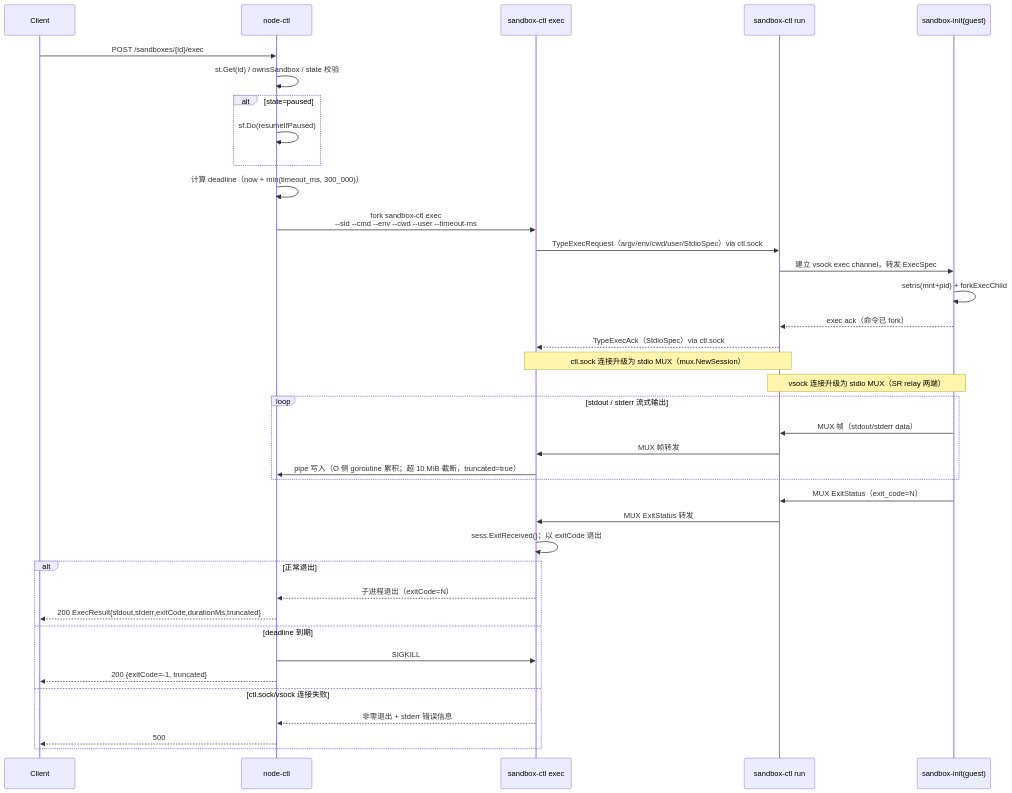
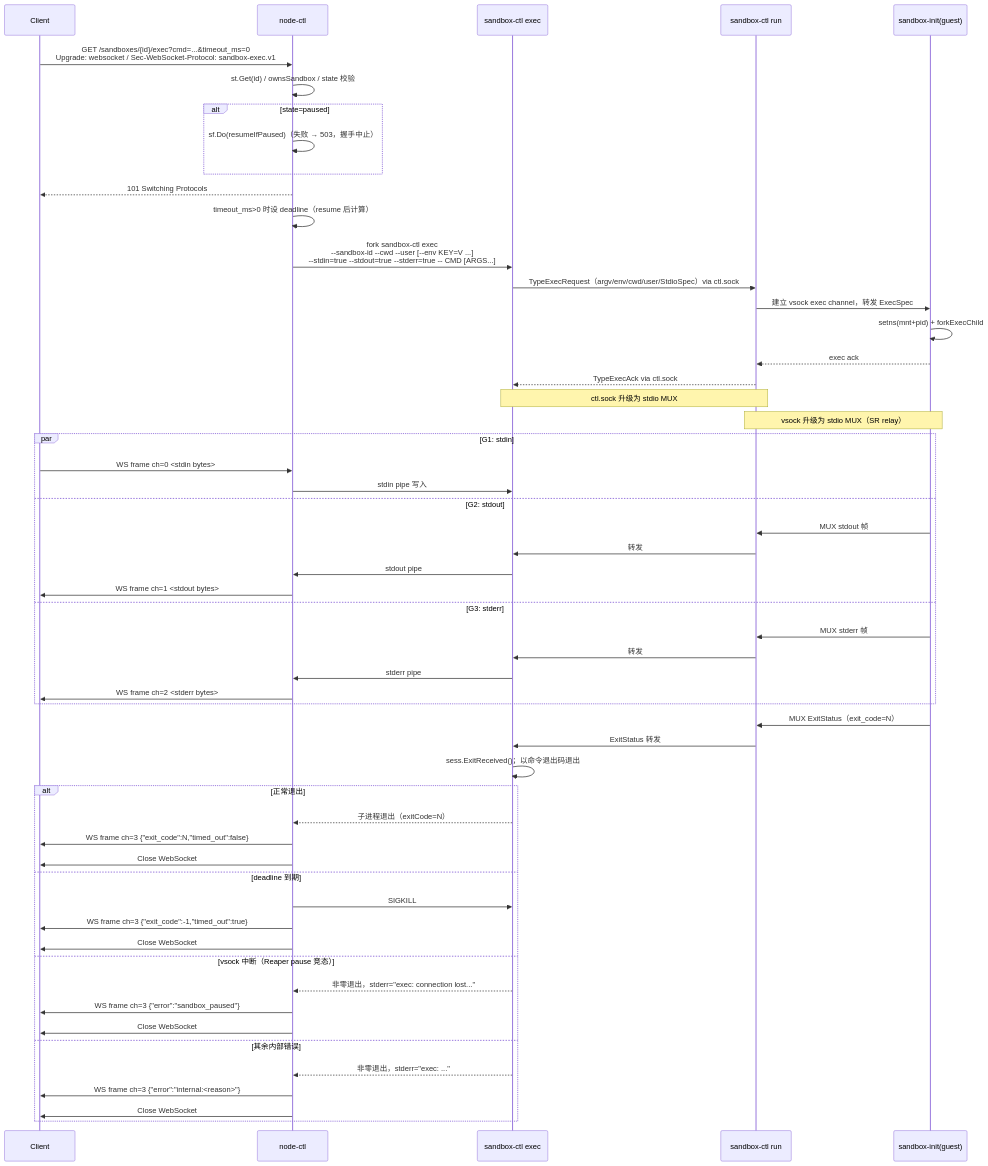
Before and after one commit to lyuyun/sandboxd: the eighth of 10 diagrams in docs/proposals/fe-2.2-serve-sandbox-lifecycle.md, drawn with Mermaid. The commit also changed other lines of this file, not shown here.

Commit message:
update sandbox design

````diff
--- a/docs/proposals/fe-2.2-serve-sandbox-lifecycle.md
+++ b/docs/proposals/fe-2.2-serve-sandbox-lifecycle.md
@@ -926,41 +1028,58 @@
 ```mermaid
 sequenceDiagram
     participant C as Client
     participant O as node-ctl
     participant SE as sandbox-ctl exec
     participant SR as sandbox-ctl run
     participant SI as sandbox-init(guest)
 
-    C->>O: POST /sandboxes/{id}/exec
+    C->>O: GET /sandboxes/{id}/exec?cmd=...&timeout_ms=0<br>Upgrade: websocket / Sec-WebSocket-Protocol: sandbox-exec.v1
     O->>O: st.Get(id) / ownsSandbox / state 校验
     alt state=paused
-        O->>O: sf.Do(resumeIfPaused)
+        O->>O: sf.Do(resumeIfPaused)（失败 → 503，握手中止）
     end
-    O->>O: 计算 deadline（now + min(timeout_ms, 300_000)）
-    O->>SE: fork sandbox-ctl exec<br>--sid --cmd --env --cwd --user --timeout-ms
+    O-->>C: 101 Switching Protocols
+    O->>O: timeout_ms>0 时设 deadline（resume 后计算）
+    O->>SE: fork sandbox-ctl exec<br>--sandbox-id --cwd --user [--env KEY=V ...]<br>--stdin=true --stdout=true --stderr=true -- CMD [ARGS...]
     SE->>SR: TypeExecRequest（argv/env/cwd/user/StdioSpec）via ctl.sock
     SR->>SI: 建立 vsock exec channel，转发 ExecSpec
     SI->>SI: setns(mnt+pid) + forkExecChild
-    SI-->>SR: exec ack（命令已 fork）
-    SR-->>SE: TypeExecAck（StdioSpec）via ctl.sock
-    Note over SE,SR: ctl.sock 连接升级为 stdio MUX（mux.NewSession）
-    Note over SR,SI: vsock 连接升级为 stdio MUX（SR relay 两端）
-    loop stdout / stderr 流式输出
-        SI->>SR: MUX 帧（stdout/stderr data）
-        SR->>SE: MUX 帧转发
-        SE->>O: pipe 写入（O 侧 goroutine 累积；超 10 MiB 截断，truncated=true）
+    SI-->>SR: exec ack
+    SR-->>SE: TypeExecAck via ctl.sock
+    Note over SE,SR: ctl.sock 升级为 stdio MUX
+    Note over SR,SI: vsock 升级为 stdio MUX（SR relay）
+    par G1: stdin
+        C->>O: WS frame ch=0 <stdin bytes>
+        O->>SE: stdin pipe 写入
+    and G2: stdout
+        SI->>SR: MUX stdout 帧
+        SR->>SE: 转发
+        SE->>O: stdout pipe
+        O->>C: WS frame ch=1 <stdout bytes>
+    and G3: stderr
+        SI->>SR: MUX stderr 帧
+        SR->>SE: 转发
+        SE->>O: stderr pipe
+        O->>C: WS frame ch=2 <stderr bytes>
     end
     SI->>SR: MUX ExitStatus（exit_code=N）
-    SR->>SE: MUX ExitStatus 转发
-    SE->>SE: sess.ExitReceived()；以 exitCode 退出
+    SR->>SE: ExitStatus 转发
+    SE->>SE: sess.ExitReceived()；以命令退出码退出
     alt 正常退出
         SE-->>O: 子进程退出（exitCode=N）
-        O-->>C: 200 ExecResult{stdout,stderr,exitCode,durationMs,truncated}
+        O->>C: WS frame ch=3 {"exit_code":N,"timed_out":false}
+        O->>C: Close WebSocket
     else deadline 到期
         O->>SE: SIGKILL
-        O-->>C: 200 {exitCode=-1, truncated}
-    else ctl.sock/vsock 连接失败
-        SE-->>O: 非零退出 + stderr 错误信息
-        O-->>C: 500
+        O->>C: WS frame ch=3 {"exit_code":-1,"timed_out":true}
+        O->>C: Close WebSocket
+    else vsock 中断（Reaper pause 竞态）
+        SE-->>O: 非零退出，stderr="exec: connection lost..."
+        O->>C: WS frame ch=3 {"error":"sandbox_paused"}
+        O->>C: Close WebSocket
+    else 其余内部错误
+        SE-->>O: 非零退出，stderr="exec: ..."
+        O->>C: WS frame ch=3 {"error":"internal:<reason>"}
+        O->>C: Close WebSocket
     end
 ```
````
